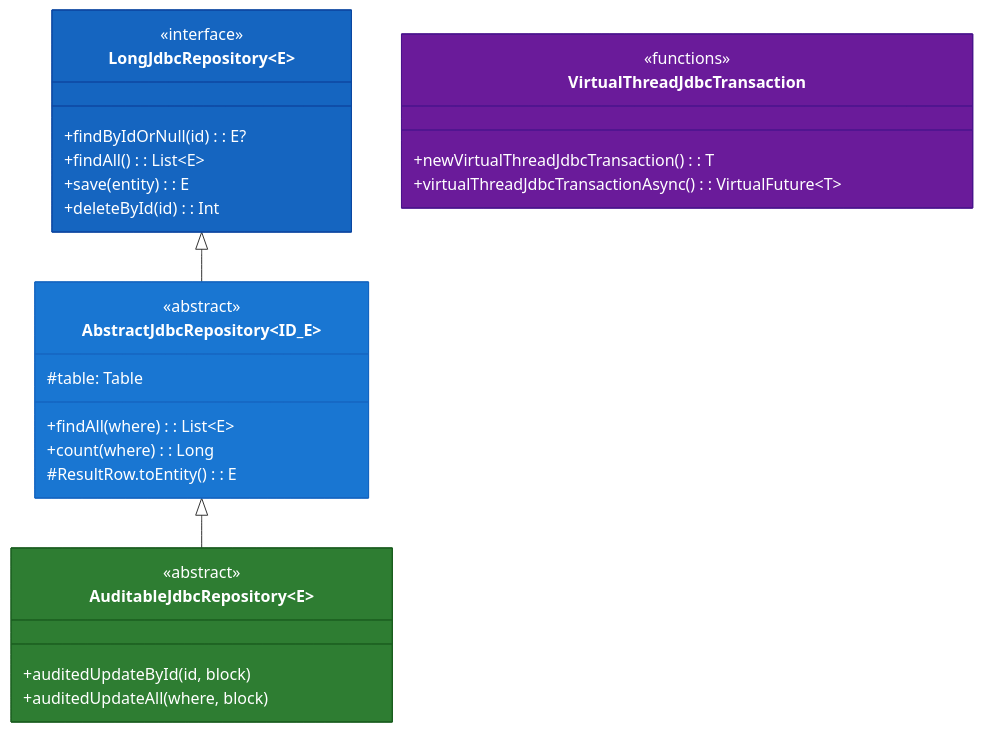
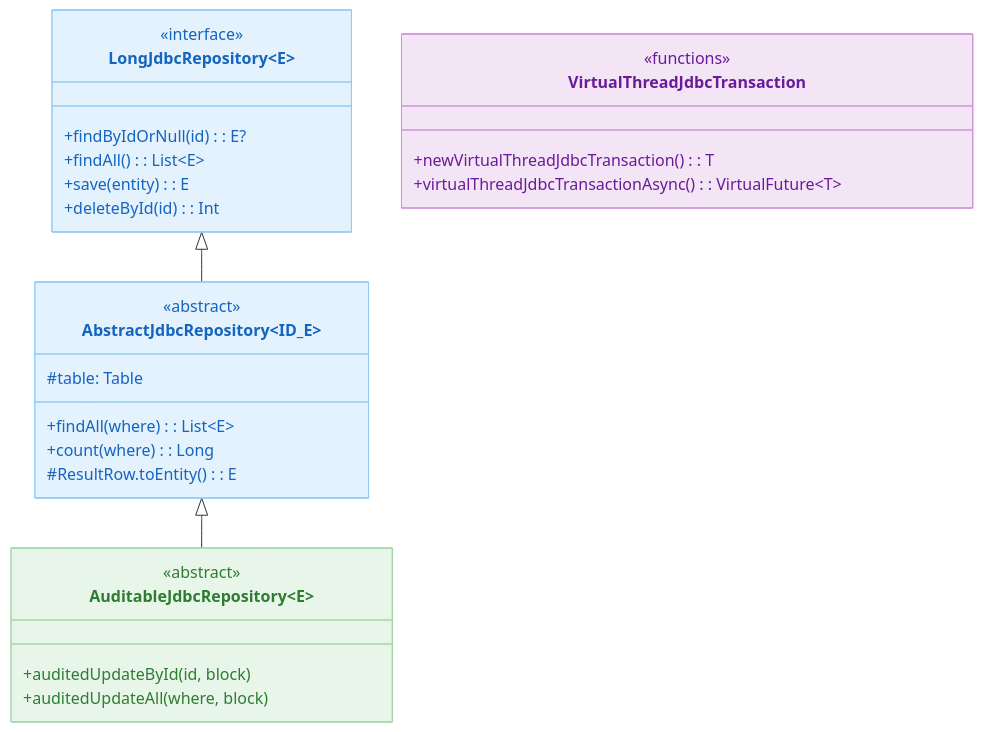
The first of 6 diagrams in data/exposed-jdbc/README.ko.md (bluetape4k/bluetape4k-projects), drawn with Mermaid before and after one commit. The commit also changed other lines of this file and 219 other files, not shown here.

First line of the commit message:
docs: 전체 README Mermaid 다이어그램 가이드 적용

````diff
--- a/data/exposed-jdbc/README.ko.md
+++ b/data/exposed-jdbc/README.ko.md
@@ -398,36 +398,36 @@
 ```mermaid
 classDiagram
     direction TB
     class LongJdbcRepository~E~ {
         <<interface>>
         +findByIdOrNull(id): E?
         +findAll(): List~E~
         +save(entity): E
         +deleteById(id): Int
     }
     class AbstractJdbcRepository~ID_E~ {
         <<abstract>>
         #table: Table
         +findAll(where): List~E~
         +count(where): Long
         #ResultRow.toEntity(): E
     }
     class AuditableJdbcRepository~E~ {
         <<abstract>>
         +auditedUpdateById(id, block)
         +auditedUpdateAll(where, block)
     }
     class VirtualThreadJdbcTransaction {
         <<functions>>
         +newVirtualThreadJdbcTransaction(): T
         +virtualThreadJdbcTransactionAsync(): VirtualFuture~T~
     }
 
     LongJdbcRepository <|-- AbstractJdbcRepository
     AbstractJdbcRepository <|-- AuditableJdbcRepository
 
-    style LongJdbcRepository fill:#1565C0,stroke:#0D47A1,color:#FFFFFF
-    style AbstractJdbcRepository fill:#1976D2,stroke:#1565C0,color:#FFFFFF
-    style AuditableJdbcRepository fill:#2E7D32,stroke:#1B5E20,color:#FFFFFF
-    style VirtualThreadJdbcTransaction fill:#6A1B9A,stroke:#4A148C,color:#FFFFFF
+    style LongJdbcRepository fill:#E3F2FD,stroke:#90CAF9,color:#1565C0
+    style AbstractJdbcRepository fill:#E3F2FD,stroke:#90CAF9,color:#1565C0
+    style AuditableJdbcRepository fill:#E8F5E9,stroke:#A5D6A7,color:#2E7D32
+    style VirtualThreadJdbcTransaction fill:#F3E5F5,stroke:#CE93D8,color:#6A1B9A
 ```
````
